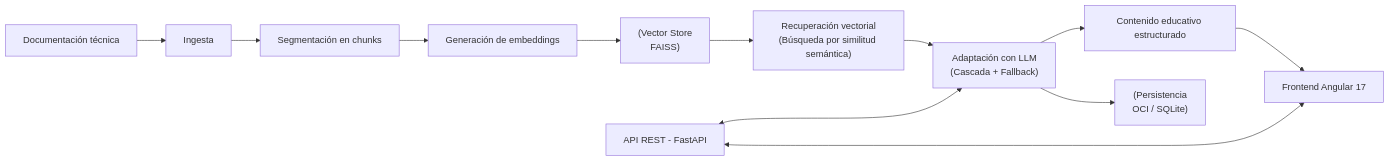
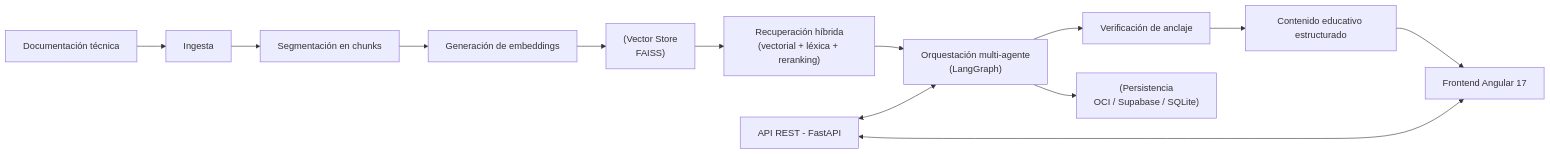
The diagram in README.md (No-Country-simulation/G10-LATAM-Equipo-18-NuevaMente), drawn with Mermaid before and after one commit. The commit also changed other lines of this file and 26 other files, not shown here.

````diff
--- a/README.md
+++ b/README.md
@@ -60,14 +64,15 @@
 ```mermaid
 flowchart LR
   A["Documentación técnica"] --> B["Ingesta"]
   B --> C["Segmentación en chunks"]
   C --> D["Generación de embeddings"]
   D --> E["(Vector Store\nFAISS)"]
-  E --> F["Recuperación vectorial\n(Búsqueda por similitud semántica)"]
-  F --> G["Adaptación con LLM\n(Cascada + Fallback)"]
-  G --> H["Contenido educativo estructurado"]
-  H --> I["Frontend Angular 17"]
-  K["API REST - FastAPI"] <---> I
-  K <---> G
-  G --> L["(Persistencia\nOCI / SQLite)"]
+  E --> F["Recuperación híbrida\n(vectorial + léxica + reranking)"]
+  F --> G["Orquestación multi-agente\n(LangGraph)"]
+  G --> H["Verificación de anclaje"]
+  H --> I["Contenido educativo estructurado"]
+  I --> J["Frontend Angular 17"]
+  K["API REST - FastAPI"] <--> J
+  K <--> G
+  G --> L["(Persistencia\nOCI / Supabase / SQLite)"]
 ```
````
